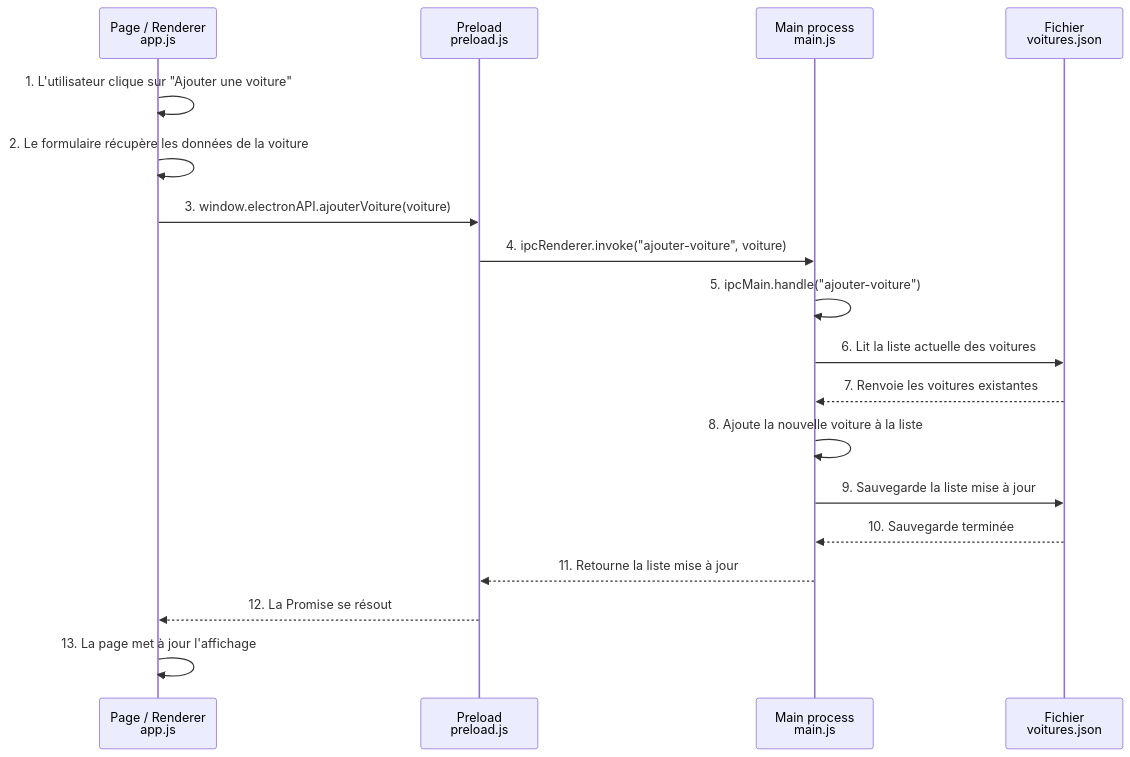
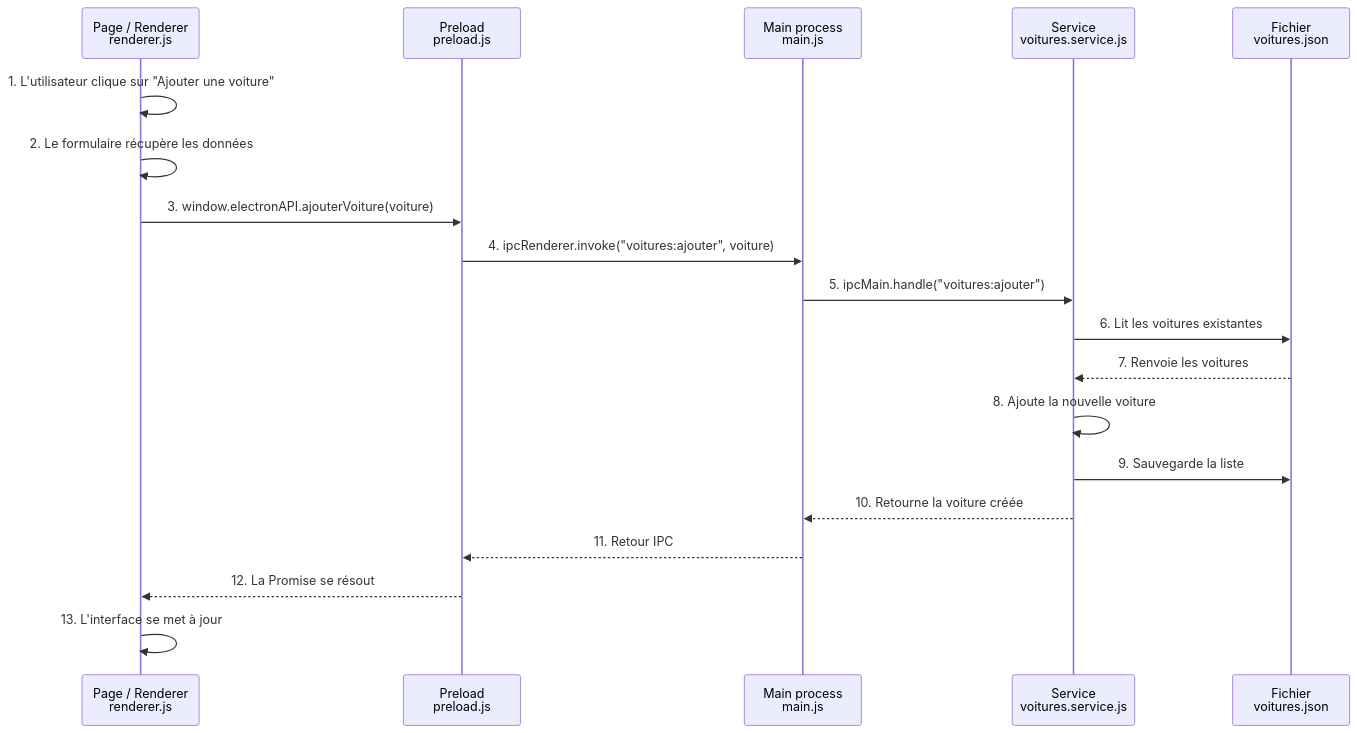
One commit to vikorb/garage_electron changed the diagram in reponses.md. Above: the diagram before and after it, drawn with Mermaid. The commit also changed other lines of this file and 1 other file, not shown here.

````diff
--- a/reponses.md
+++ b/reponses.md
@@ -342,21 +333,22 @@
 ```mermaid
 sequenceDiagram
-    participant Page as Page / Renderer<br/>app.js
+    participant Page as Page / Renderer<br/>renderer.js
     participant Preload as Preload<br/>preload.js
     participant Main as Main process<br/>main.js
+    participant Service as Service<br/>voitures.service.js
     participant Fichier as Fichier<br/>voitures.json
 
     Page->>Page: 1. L'utilisateur clique sur "Ajouter une voiture"
-    Page->>Page: 2. Le formulaire récupère les données de la voiture
+    Page->>Page: 2. Le formulaire récupère les données
     Page->>Preload: 3. window.electronAPI.ajouterVoiture(voiture)
-    Preload->>Main: 4. ipcRenderer.invoke("ajouter-voiture", voiture)
-    Main->>Main: 5. ipcMain.handle("ajouter-voiture")
-    Main->>Fichier: 6. Lit la liste actuelle des voitures
-    Fichier-->>Main: 7. Renvoie les voitures existantes
-    Main->>Main: 8. Ajoute la nouvelle voiture à la liste
-    Main->>Fichier: 9. Sauvegarde la liste mise à jour
-    Fichier-->>Main: 10. Sauvegarde terminée
-    Main-->>Preload: 11. Retourne la liste mise à jour
+    Preload->>Main: 4. ipcRenderer.invoke("voitures:ajouter", voiture)
+    Main->>Service: 5. ipcMain.handle("voitures:ajouter")
+    Service->>Fichier: 6. Lit les voitures existantes
+    Fichier-->>Service: 7. Renvoie les voitures
+    Service->>Service: 8. Ajoute la nouvelle voiture
+    Service->>Fichier: 9. Sauvegarde la liste
+    Service-->>Main: 10. Retourne la voiture créée
+    Main-->>Preload: 11. Retour IPC
     Preload-->>Page: 12. La Promise se résout
-    Page->>Page: 13. La page met à jour l'affichage
+    Page->>Page: 13. L'interface se met à jour
 ```
````
